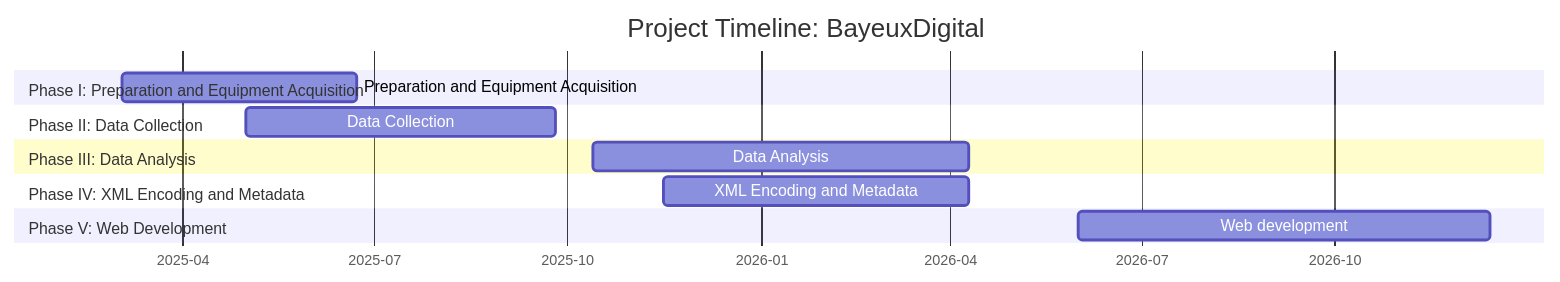
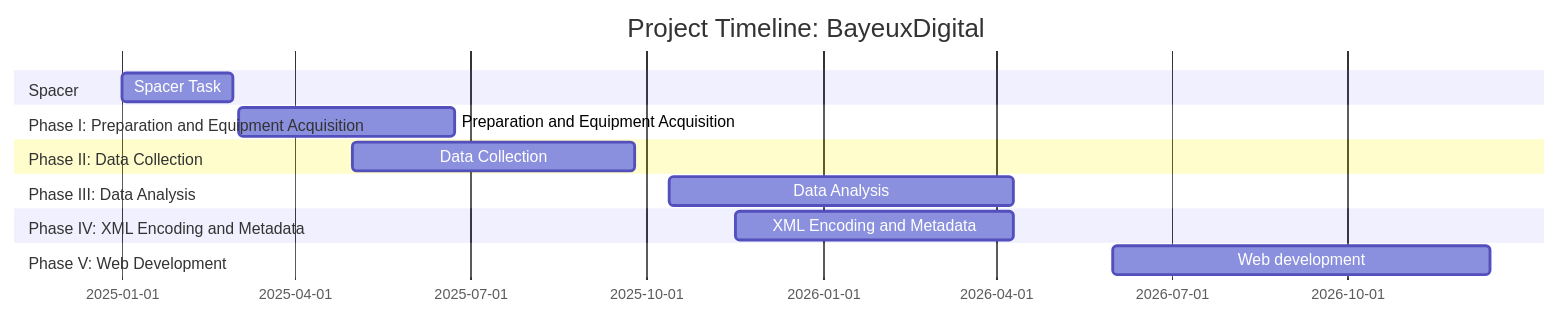
The diagram in gantt-timeline.md (bjorkk/BayeuxDigital), drawn with Mermaid before and after one commit.

````diff
--- a/gantt-timeline.md
+++ b/gantt-timeline.md
@@ -3,16 +3,17 @@
 ```mermaid
 gantt
     title Project Timeline: BayeuxDigital
     dateFormat  YYYY-MM-DD
-    axisFormat %Y-%m
+    section Spacer 
+    Spacer Task :s1, 2025-01-01, 2025-02-28
     section Phase I: Preparation and Equipment Acquisition
     Preparation and Equipment Acquisition :a1, 2025-03-03, 2025-06-23
     section Phase II: Data Collection
     Data Collection :a2, 2025-05-01, 2025-09-25
     section Phase III: Data Analysis
     Data Analysis :a3, 2025-10-13, 2026-04-10
     section Phase IV: XML Encoding and Metadata
     XML Encoding and Metadata :a4, 2025-11-16, 2026-04-10
     section Phase V: Web Development
     Web development :a5, 2026-06-01, 2026-12-14
 ```
````
